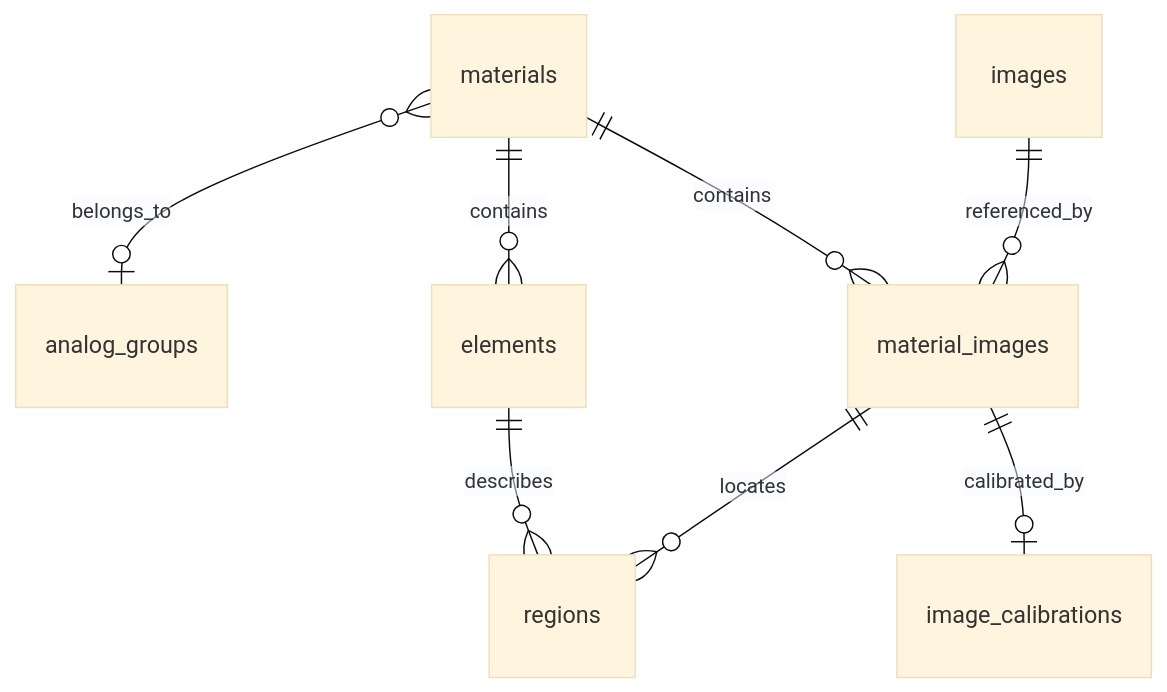
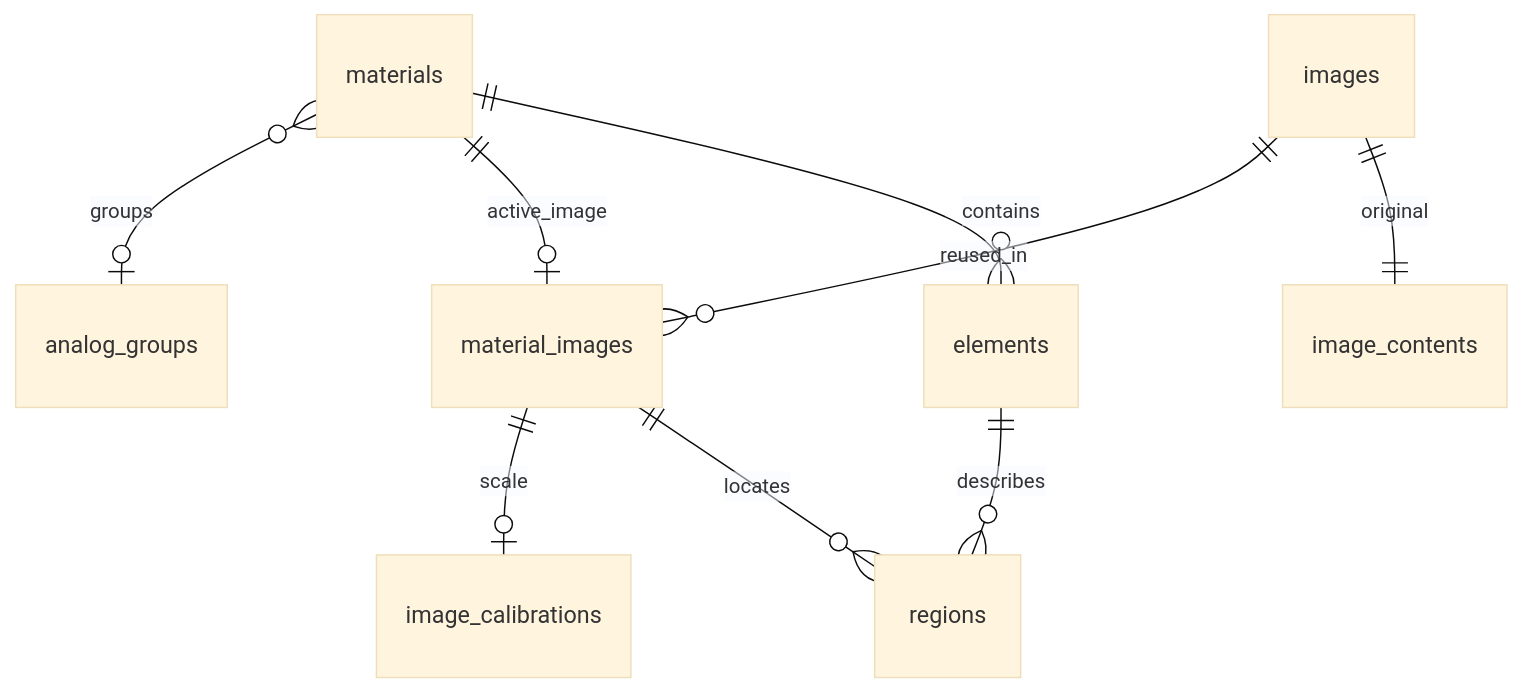
Before and after one commit to PaulChaiko/HISTOSETS: the diagram in docs/data-model.md, drawn with Mermaid (base theme). The commit also changed other lines of this file and 93 other files, not shown here.

````diff
--- a/docs/data-model.md
+++ b/docs/data-model.md
@@ -45,10 +30,11 @@
 ```mermaid
 erDiagram
-    materials }o--o| analog_groups : belongs_to
-    materials ||--o{ material_images : contains
-    images ||--o{ material_images : referenced_by
-    material_images ||--o| image_calibrations : calibrated_by
+    materials }o--o| analog_groups : groups
+    materials ||--o| material_images : active_image
+    images ||--o{ material_images : reused_in
+    images ||--|| image_contents : original
+    material_images ||--o| image_calibrations : scale
     materials ||--o{ elements : contains
     elements ||--o{ regions : describes
     material_images ||--o{ regions : locates
 ```
````
